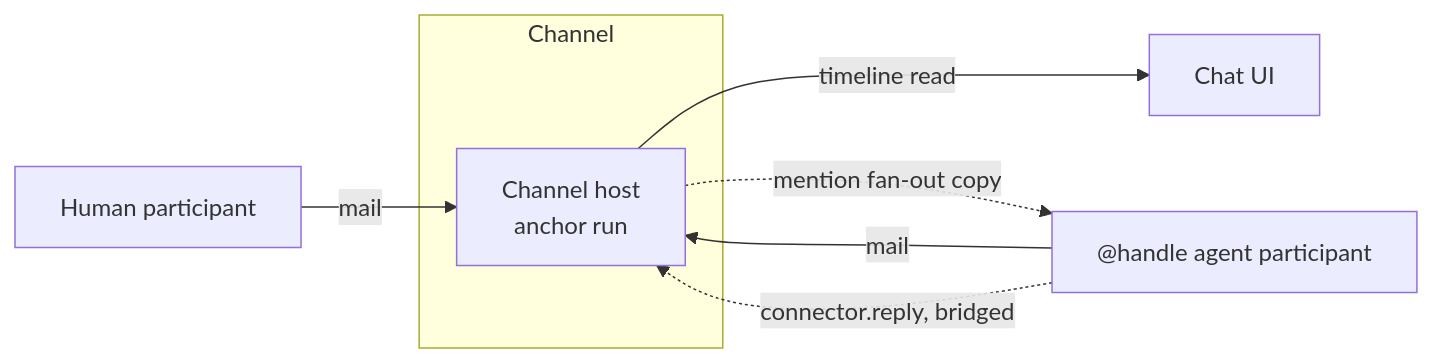
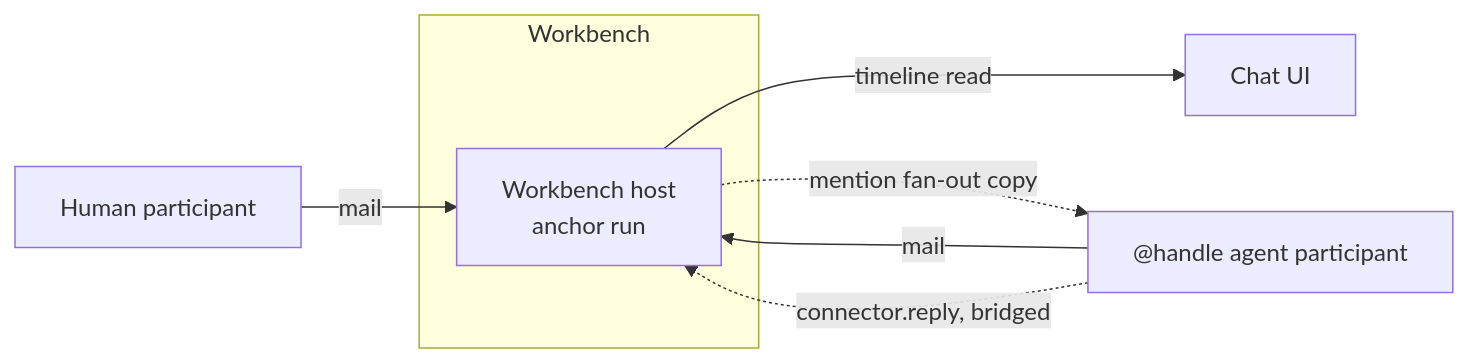
One commit to corbitsdev/workbench changed the diagram in docs/CHAT.md. Above: the diagram before and after it, drawn with Mermaid. The commit also changed other lines of this file and 479 other files, not shown here.

First line of the commit message:
Rename channel to workbench across the chat surface (CL-6260)

````diff
--- a/docs/CHAT.md
+++ b/docs/CHAT.md
@@ -29,11 +29,11 @@
 ```mermaid
 flowchart LR
-    subgraph Channel
-        Host[Channel host<br/>anchor run]
+    subgraph Workbench
+        Host[Workbench host<br/>anchor run]
     end
     Alice[Human participant] -->|mail| Host
     Bot["@handle agent participant"] -->|mail| Host
     Host -->|timeline read| UI[Chat UI]
     Host -.->|mention fan-out copy| Bot
     Bot -.->|connector.reply, bridged| Host
 ```
````
